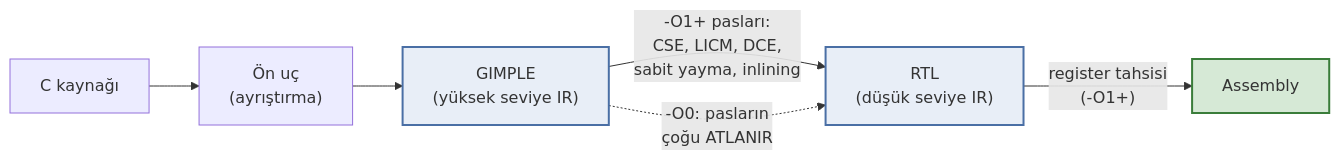
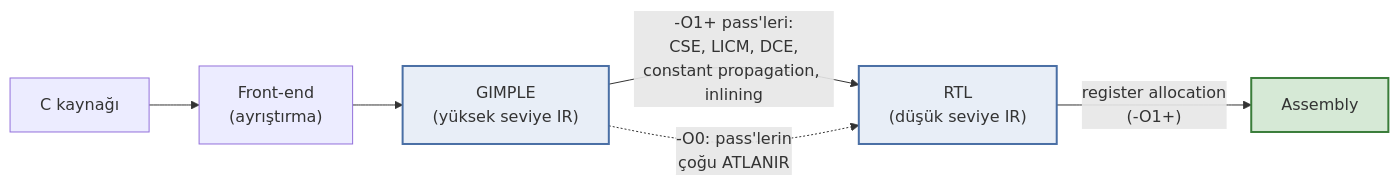
The diagram in _posts/2026-06-19-gcc-derleyici-optimizasyonlari-zynq7000.md (Mavrikant/mavrikant.github.io), drawn with Mermaid before and after one commit. The commit also changed other lines of this file, not shown here.

```diff
--- a/_posts/2026-06-19-gcc-derleyici-optimizasyonlari-zynq7000.md
+++ b/_posts/2026-06-19-gcc-derleyici-optimizasyonlari-zynq7000.md
@@ -49,11 +49,11 @@
 <div class="mermaid">
 flowchart LR
-    SRC["C kaynağı"] --> FE["Ön uç<br/>(ayrıştırma)"]
+    SRC["C kaynağı"] --> FE["Front-end<br/>(ayrıştırma)"]
     FE --> GIMPLE["GIMPLE<br/>(yüksek seviye IR)"]
-    GIMPLE -->|"-O1+ pasları:<br/>CSE, LICM, DCE,<br/>sabit yayma, inlining"| RTL["RTL<br/>(düşük seviye IR)"]
-    RTL -->|"register tahsisi<br/>(-O1+)"| ASM["Assembly"]
-    GIMPLE -.->|"-O0: pasların<br/>çoğu ATLANIR"| RTL
+    GIMPLE -->|"-O1+ pass'leri:<br/>CSE, LICM, DCE,<br/>constant propagation, inlining"| RTL["RTL<br/>(düşük seviye IR)"]
+    RTL -->|"register allocation<br/>(-O1+)"| ASM["Assembly"]
+    GIMPLE -.->|"-O0: pass'lerin<br/>çoğu ATLANIR"| RTL
     style GIMPLE fill:#e8eef7,stroke:#4a6fa5,stroke-width:2px
     style RTL fill:#e8eef7,stroke:#4a6fa5,stroke-width:2px
     style ASM fill:#d6e9d6,stroke:#3a7d3a,stroke-width:2px
 </div>
```
